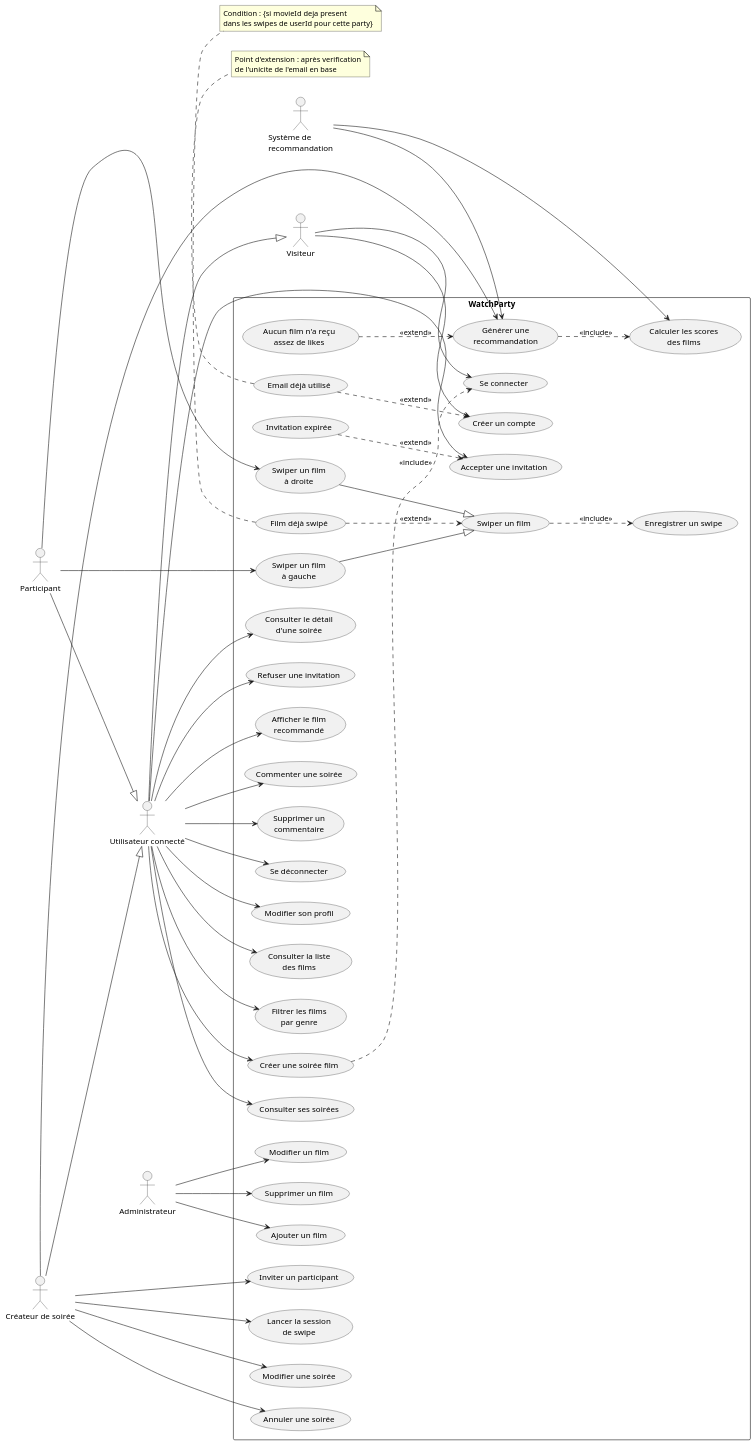
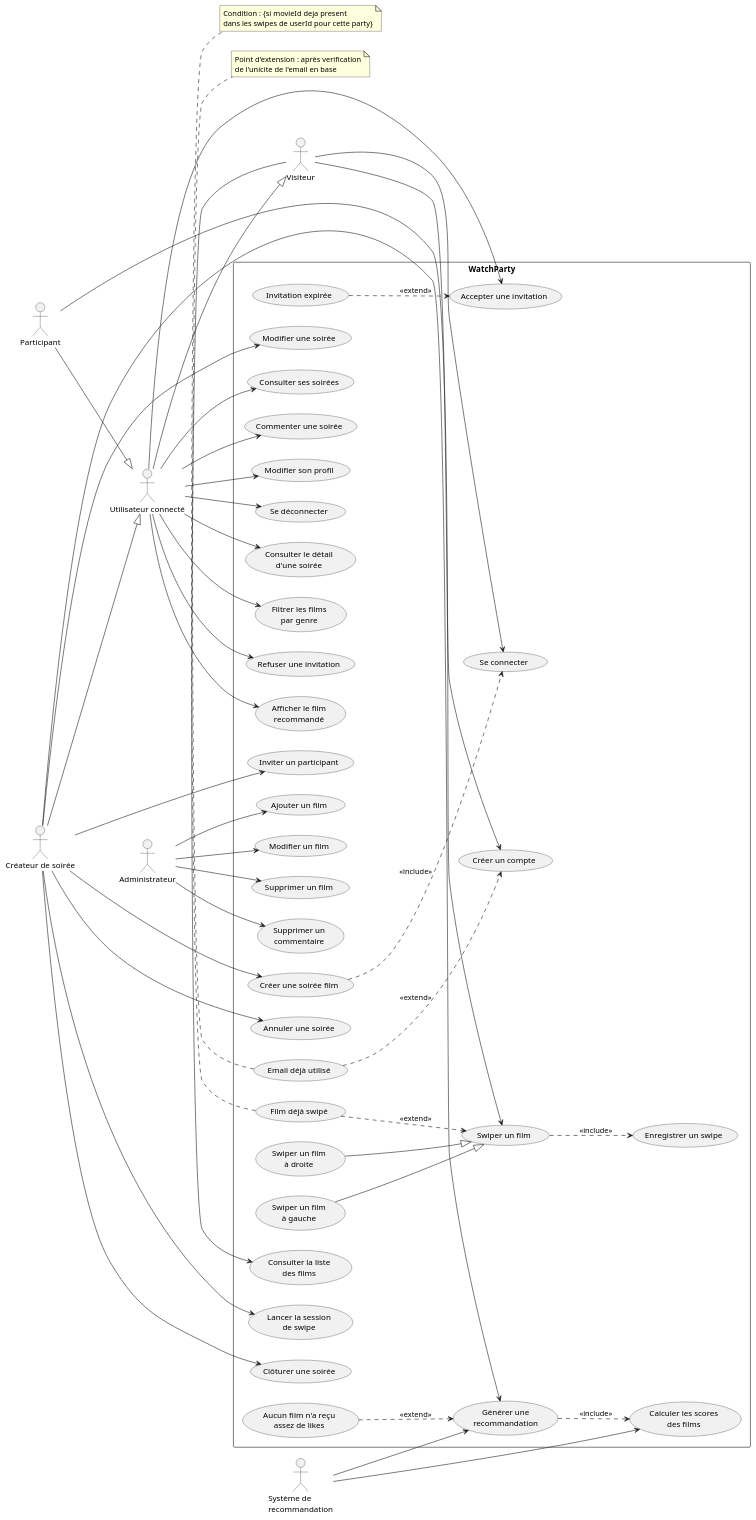
The diagram in docs/uml/use_case_diagram.puml (fatymut/watchparty), drawn with PlantUML before and after one commit. The commit also changed 1 other file, not shown here.

Commit message:
UML : refonte disposition diagramme de cas d'utilisation, ajout clôturer une soirée
Repositionnement des cas d'utilisation par grappe locale pres de leur
acteur reel (au lieu de colonnes thematiques) pour reduire les croisements
de lignes. Reequilibrage de certaines associations (consulter les films,
creer une soiree, supprimer un commentaire) vers l'acteur le plus
pertinent. Ajout du cas manquant "Cloturer une soiree" (POST /parties/{id}/close).

```diff
--- a/docs/uml/use_case_diagram.puml
+++ b/docs/uml/use_case_diagram.puml
@@ -1,133 +1,139 @@
 @startuml WatchParty - Diagramme de cas d'utilisation
 ' Fidele au sujet officiel : 5 acteurs officiels + 1 acteur "Participant" ajoute
-' pour affiner la hierarchie (repris d'une relecture croisee avec Emir), 26 cas
-' d'utilisation, 3 include, 4 extend, generalisations entre acteurs ET entre cas.
+' pour affiner la hierarchie (repris d'une relecture croisee avec Emir), 27 cas
+' numerotes + 5 scenarios d'extension/specialisation, 3 include, 4 extend,
+' generalisations entre acteurs ET entre cas. Associations reparties par
+' responsabilite reelle de l'acteur (pas par theme) pour limiter les
+' croisements de lignes dans le rendu .drawio.
 
 left to right direction
 skinparam shadowing false
 skinparam packageStyle rectangle
 
 actor "Visiteur" as Visiteur
 actor "Utilisateur connecté" as UC
 actor "Participant" as Part
 actor "Créateur de soirée" as Createur
 actor "Administrateur" as Admin
 actor "Système de\nrecommandation" as SysReco
 
 ' Hiérarchie de généralisation entre acteurs (chaîne complète) :
 ' un Utilisateur connecté EST AUSSI un Visiteur (tout ce qu'un Visiteur peut
 ' faire, un Utilisateur connecté le peut aussi) ; un Participant et un Créateur
 ' de soirée SONT AUSSI des Utilisateurs connectés.
 UC --|> Visiteur
 Createur --|> UC
 Part --|> UC
 
 rectangle "WatchParty" {
 
   ' --- Compte / Authentification ---
   usecase "Créer un compte" as UC1
   usecase "Se connecter" as UC2
   usecase "Se déconnecter" as UC3
   usecase "Modifier son profil" as UC4
 
   ' --- Films ---
   usecase "Consulter la liste\ndes films" as UC5
   usecase "Filtrer les films\npar genre" as UC6
   usecase "Ajouter un film" as UC24
   usecase "Modifier un film" as UC25
   usecase "Supprimer un film" as UC26
 
   ' --- WatchParty ---
   usecase "Créer une soirée film" as UC7
   usecase "Modifier une soirée" as UC8
   usecase "Annuler une soirée" as UC9
+  usecase "Clôturer une soirée" as UC27
   usecase "Consulter ses soirées" as UC13
   usecase "Consulter le détail\nd'une soirée" as UC14
 
   ' --- Participants / invitations ---
   usecase "Inviter un participant" as UC10
   usecase "Accepter une invitation" as UC11
   usecase "Refuser une invitation" as UC12
 
   ' --- Swipe ---
   usecase "Lancer la session\nde swipe" as UC15
   usecase "Swiper un film" as UCSwipe
   usecase "Swiper un film\nà droite" as UC16
   usecase "Swiper un film\nà gauche" as UC17
   usecase "Enregistrer un swipe" as UC18
 
   ' --- Recommandation ---
   usecase "Calculer les scores\ndes films" as UC19
   usecase "Générer une\nrecommandation" as UC20
   usecase "Afficher le film\nrecommandé" as UC21
 
   ' --- Commentaires ---
   usecase "Commenter une soirée" as UC22
   usecase "Supprimer un\ncommentaire" as UC23
 
   ' --- Cas d'extension (scenarios d'exception du sujet) ---
   usecase "Email déjà utilisé" as EXT1
   usecase "Invitation expirée" as EXT2
   usecase "Aucun film n'a reçu\nassez de likes" as EXT3
   usecase "Film déjà swipé" as EXT4
 }
 
 ' --- Associations acteur -> cas d'utilisation ---
+' Chaque cas est associé à l'acteur le plus proche fonctionnellement (et non
+' regroupé par thème), pour limiter les croisements de lignes sur le schéma.
 Visiteur --> UC1
 Visiteur --> UC2
+Visiteur --> UC5
 
 UC --> UC3
 UC --> UC4
-UC --> UC5
 UC --> UC6
 UC --> UC13
 UC --> UC14
 UC --> UC11
 UC --> UC12
 UC --> UC21
 UC --> UC22
-UC --> UC23
-UC --> UC7
 
-Part --> UC16
-Part --> UC17
+Part --> UCSwipe
 
+Createur --> UC7
 Createur --> UC8
 Createur --> UC9
+Createur --> UC27
 Createur --> UC10
 Createur --> UC15
 Createur --> UC20
 
+Admin --> UC23
 Admin --> UC24
 Admin --> UC25
 Admin --> UC26
 
 SysReco --> UC19
 SysReco --> UC20
 
 ' --- Généralisation entre cas d'utilisation ---
 UC16 --|> UCSwipe
 UC17 --|> UCSwipe
 
 ' --- Relations d'inclusion (include) : fidèles au sujet ---
 UC7 ..> UC2 : <<include>>
 UCSwipe ..> UC18 : <<include>>
 UC20 ..> UC19 : <<include>>
 
 ' --- Relations d'extension (extend) : fidèles au sujet ---
 EXT1 ..> UC1 : <<extend>>
 EXT2 ..> UC11 : <<extend>>
 EXT3 ..> UC20 : <<extend>>
 EXT4 ..> UCSwipe : <<extend>>
 
 note bottom of EXT1
   Point d'extension : après verification
   de l'unicite de l'email en base
 end note
 
 note bottom of EXT4
   Condition : {si movieId deja present
   dans les swipes de userId pour cette party}
 end note
 
 @enduml
```
